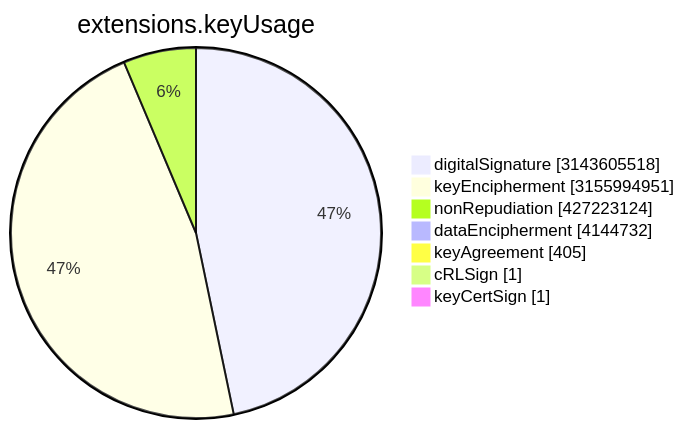
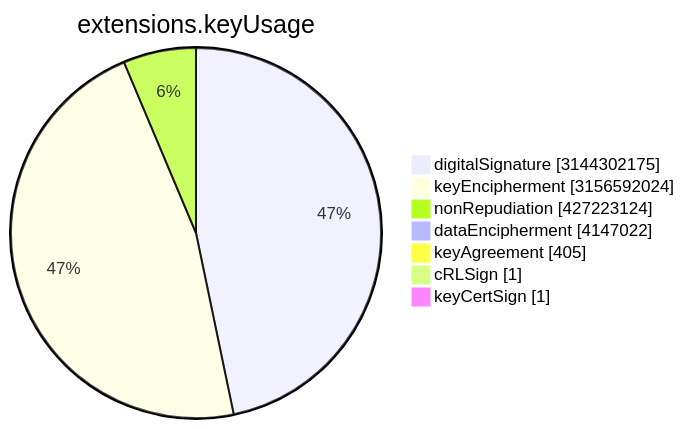
Before and after one commit to christiankrug/ctmonitor_visualization: the sixth of 15 diagrams in TOTAL/README.md, drawn with Mermaid. The commit also changed other lines of this file, not shown here.

````diff
--- a/TOTAL/README.md
+++ b/TOTAL/README.md
@@ -3077,11 +3077,11 @@
 ```mermaid
 pie showData
 title extensions.keyUsage
-"digitalSignature" :3143605518
-"keyEncipherment" :3155994951
+"digitalSignature" :3144302175
+"keyEncipherment" :3156592024
 "nonRepudiation" :427223124
-"dataEncipherment" :4144732
+"dataEncipherment" :4147022
 "keyAgreement" :405
 "cRLSign" :1
 "keyCertSign" :1
 ```
````
